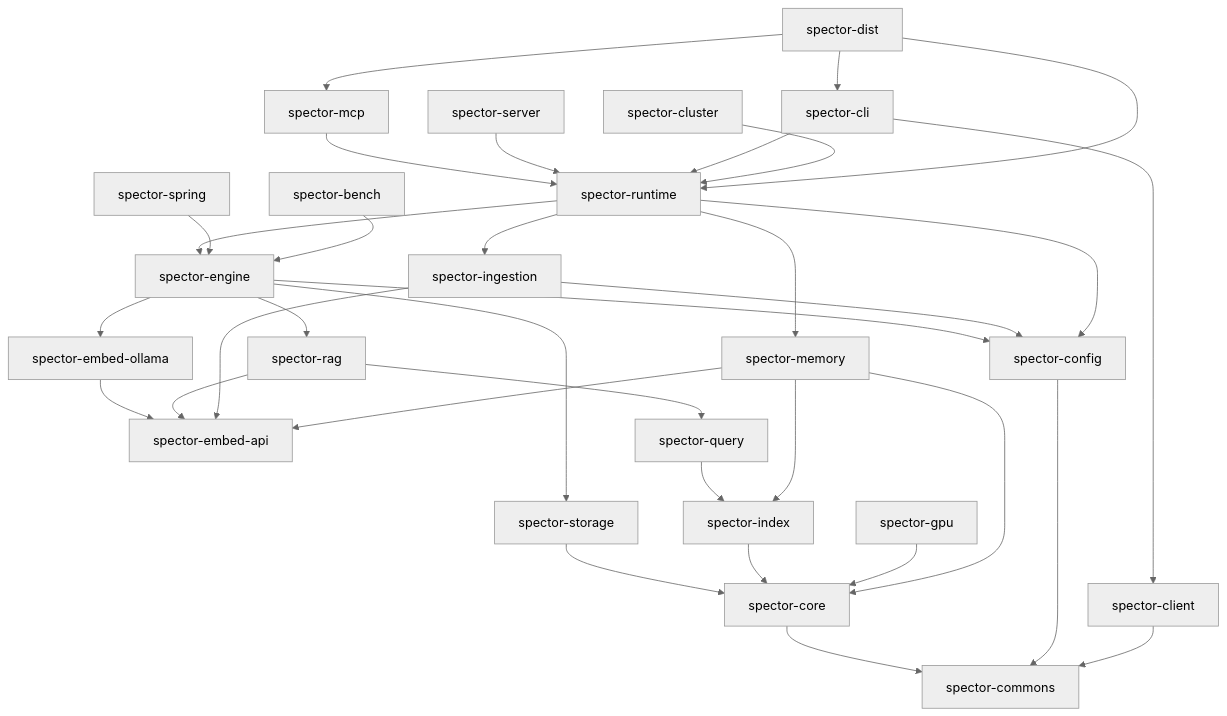
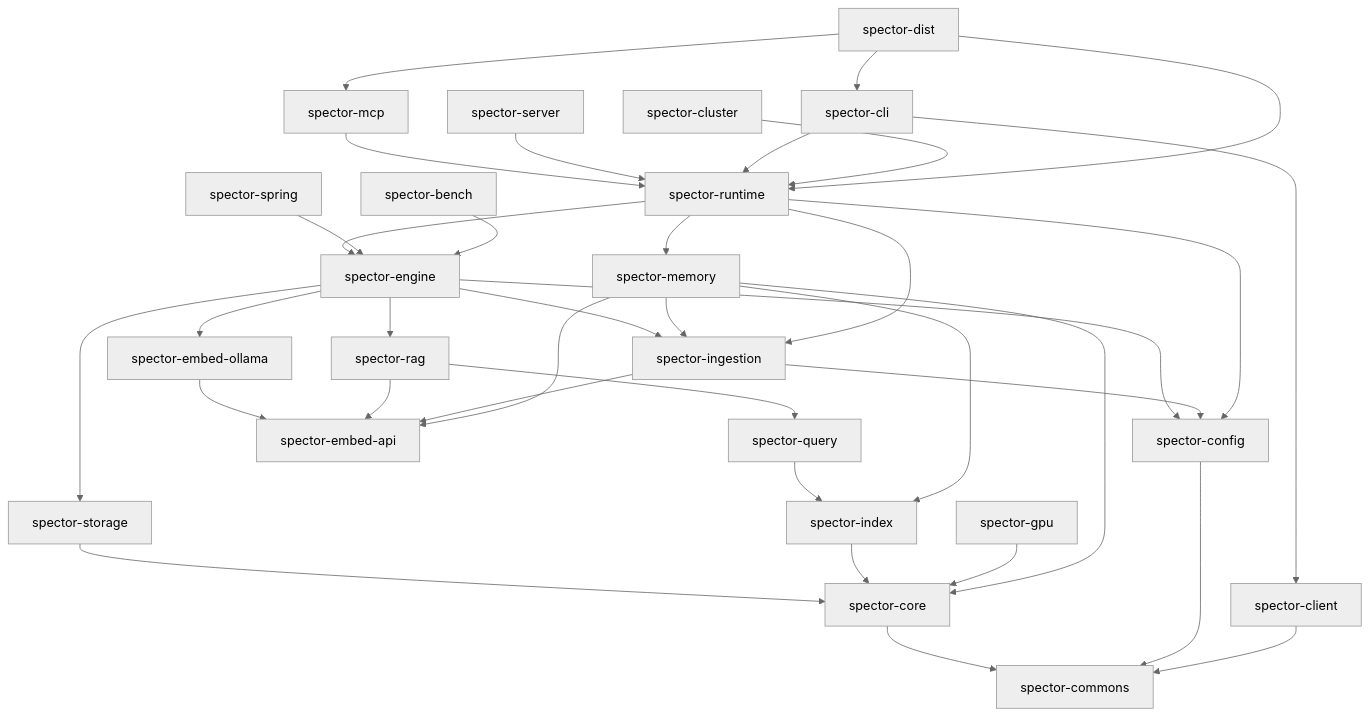
Before and after one commit to spectrayan/spector-search: the first of 2 diagrams in docs/docs/modules/index.md, drawn with Mermaid (neutral theme). The commit also changed other lines of this file and 8 other files, not shown here.

Commit message:
docs: update architecture docs for memory module and ingestion pipeline

````diff
--- a/docs/docs/modules/index.md
+++ b/docs/docs/modules/index.md
@@ -9,65 +9,67 @@
 ```mermaid
 graph TD
     commons["spector-commons"]
     core["spector-core"]
     config["spector-config"]
     storage["spector-storage"]
     embedApi["spector-embed-api"]
     embedOllama["spector-embed-ollama"]
     idx["spector-index"]
     query["spector-query"]
     gpu["spector-gpu"]
     rag["spector-rag"]
     engine["spector-engine"]
     ingestion["spector-ingestion"]
     memory["spector-memory"]
     runtime["spector-runtime"]
     mcp["spector-mcp"]
     server["spector-server"]
     cli["spector-cli"]
     client["spector-client"]
     spring["spector-spring"]
     cluster["spector-cluster"]
     bench["spector-bench"]
     dist["spector-dist"]
 
     core --> commons
     config --> commons
     storage --> core
     embedOllama --> embedApi
     idx --> core
     query --> idx
     gpu --> core
     rag --> query
     rag --> embedApi
     engine --> rag
     engine --> storage
     engine --> embedOllama
     engine --> config
 
     ingestion --> config
     ingestion --> embedApi
 
+    engine --> ingestion
+    memory --> ingestion
     memory --> core
     memory --> embedApi
     memory --> idx
 
     runtime --> engine
     runtime --> memory
     runtime --> ingestion
     runtime --> config
 
     mcp --> runtime
     server --> runtime
     cli --> runtime
     cli --> client
 
     client --> commons
     spring --> engine
     cluster --> runtime
     bench --> engine
 
     dist --> mcp
     dist --> cli
     dist --> runtime
 ```
````
